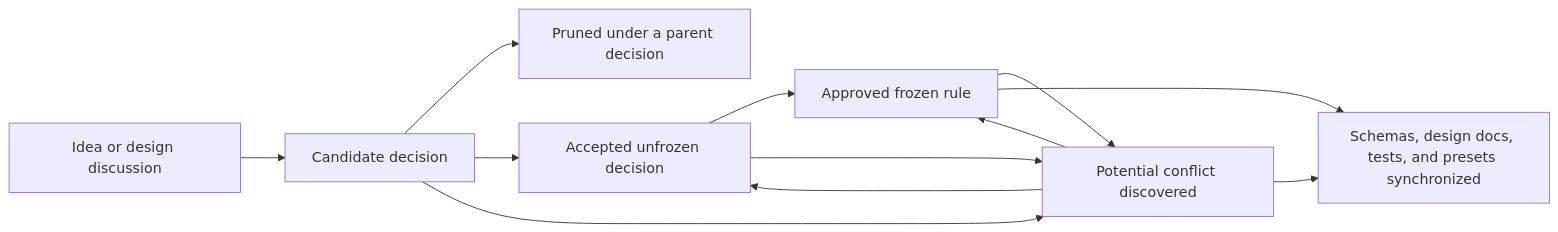
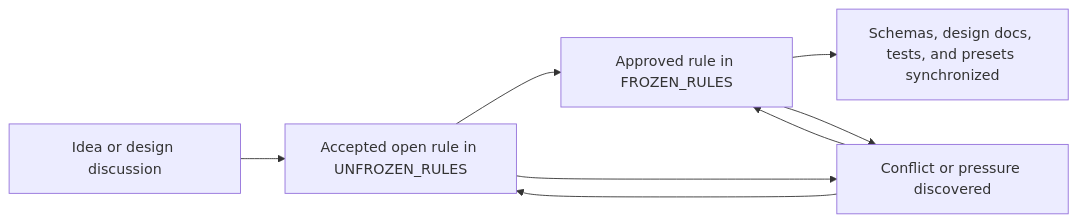
Before and after one commit to jamangi/Server_Repair_TCG_Multiplayer: the diagram in docs/design/decisions/DECISION_INDEX.md, drawn with Mermaid. The commit also changed other lines of this file and 9 other files, not shown here.

````diff
--- a/docs/design/decisions/DECISION_INDEX.md
+++ b/docs/design/decisions/DECISION_INDEX.md
@@ -42,14 +37,10 @@
 ```mermaid
 flowchart LR
-    A["Idea or design discussion"] --> B["Candidate decision"]
-    B --> C["Pruned under a parent decision"]
-    B --> D["Accepted unfrozen decision"]
-    D --> E["Approved frozen rule"]
-    B --> F["Potential conflict discovered"]
-    D --> F
-    E --> F
-    F --> D
-    F --> E
-    E --> G["Schemas, design docs, tests, and presets synchronized"]
-    F --> G
+    A["Idea or design discussion"] --> B["Accepted open rule in UNFROZEN_RULES"]
+    B --> C["Approved rule in FROZEN_RULES"]
+    C --> D["Schemas, design docs, tests, and presets synchronized"]
+    B --> E["Conflict or pressure discovered"]
+    C --> E
+    E --> B
+    E --> C
 ```
````
